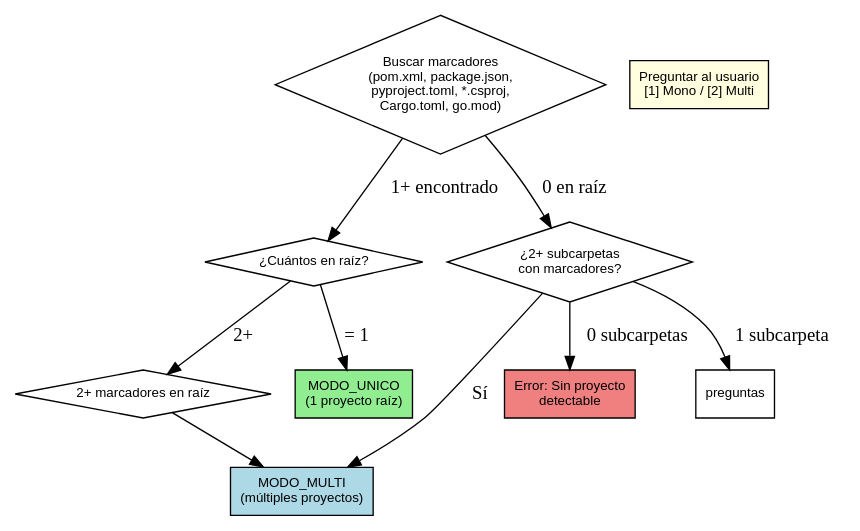
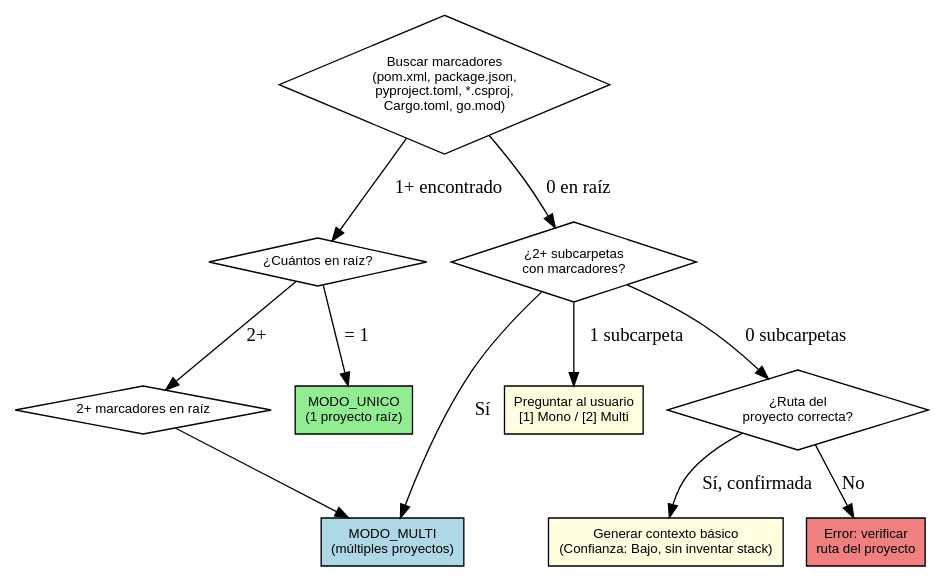
Before and after one commit to JavierDevCol/ia-dev-toolkit: the diagram in skills/tomar-contexto/SKILL.md, drawn with Graphviz. The commit also changed other lines of this file and 1 other file, not shown here.

````diff
--- a/skills/tomar-contexto/SKILL.md
+++ b/skills/tomar-contexto/SKILL.md
@@ -24,25 +24,29 @@
 ```dot
 digraph workspace_detection {
     rankdir=TB;
     node [shape=box, fontname="Arial", fontsize=10];
     
     start [label="Buscar marcadores\n(pom.xml, package.json,\npyproject.toml, *.csproj,\nCargo.toml, go.mod)" shape=diamond];
     count [label="¿Cuántos en raíz?" shape=diamond];
     multi_root [label="2+ marcadores en raíz" shape=diamond];
     
     MODO_UNICO [label="MODO_UNICO\n(1 proyecto raíz)" style=filled fillcolor=lightgreen];
     MODO_MULTI [label="MODO_MULTI\n(múltiples proyectos)" style=filled fillcolor=lightblue];
     subcarpetas [label="¿2+ subcarpetas\ncon marcadores?" shape=diamond];
     preguntar [label="Preguntar al usuario\n[1] Mono / [2] Multi" style=filled fillcolor=lightyellow];
-    error [label="Error: Sin proyecto\ndetectable" style=filled fillcolor=lightcoral];
-    
+    ruta_ok [label="¿Ruta del\nproyecto correcta?" shape=diamond];
+    basico [label="Generar contexto básico\n(Confianza: Bajo, sin inventar stack)" style=filled fillcolor=lightyellow];
+    error [label="Error: verificar\nruta del proyecto" style=filled fillcolor=lightcoral];
+
     start -> count [label="1+ encontrado"];
     start -> subcarpetas [label="0 en raíz"];
     count -> MODO_UNICO [label="= 1"];
     count -> multi_root [label="2+"];
     multi_root -> MODO_MULTI;
     subcarpetas -> MODO_MULTI [label="Sí"];
-    subcarpetas -> preguntas [label="1 subcarpeta"];
-    subcarpetas -> error [label="0 subcarpetas"];
+    subcarpetas -> preguntar [label="1 subcarpeta"];
+    subcarpetas -> ruta_ok [label="0 subcarpetas"];
+    ruta_ok -> error [label="No"];
+    ruta_ok -> basico [label="Sí, confirmada"];
 }
 ```
````
